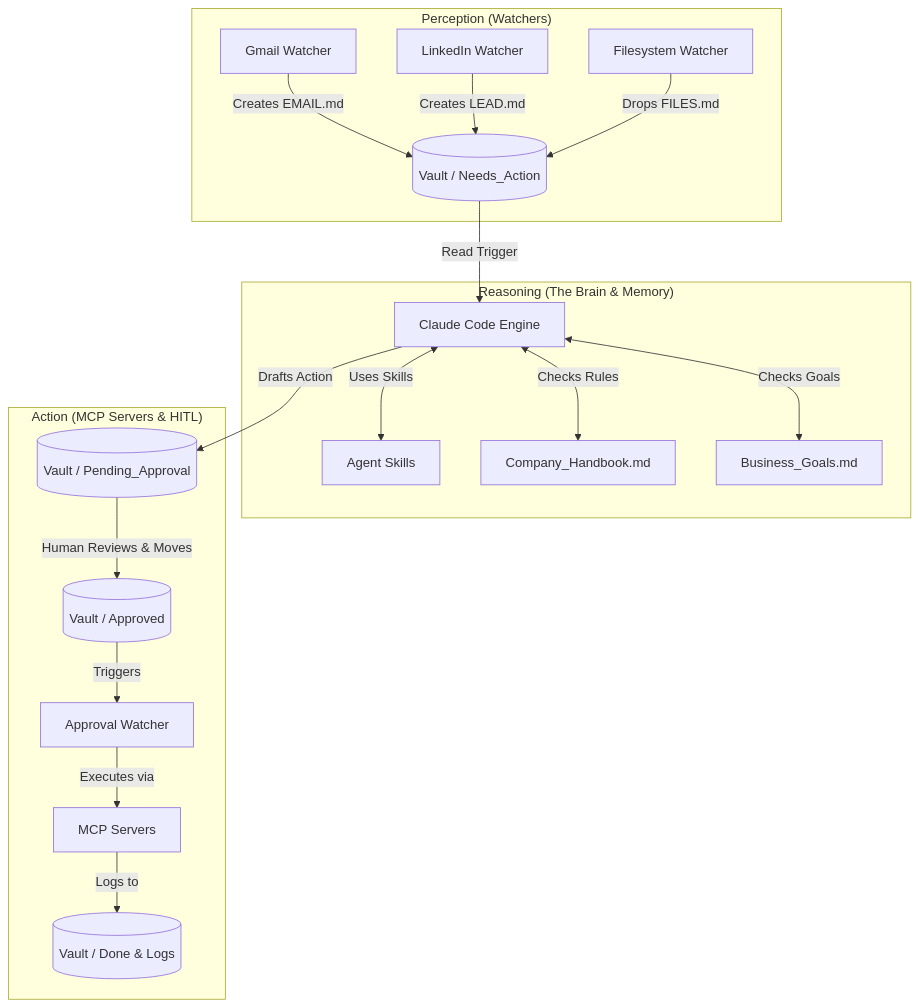
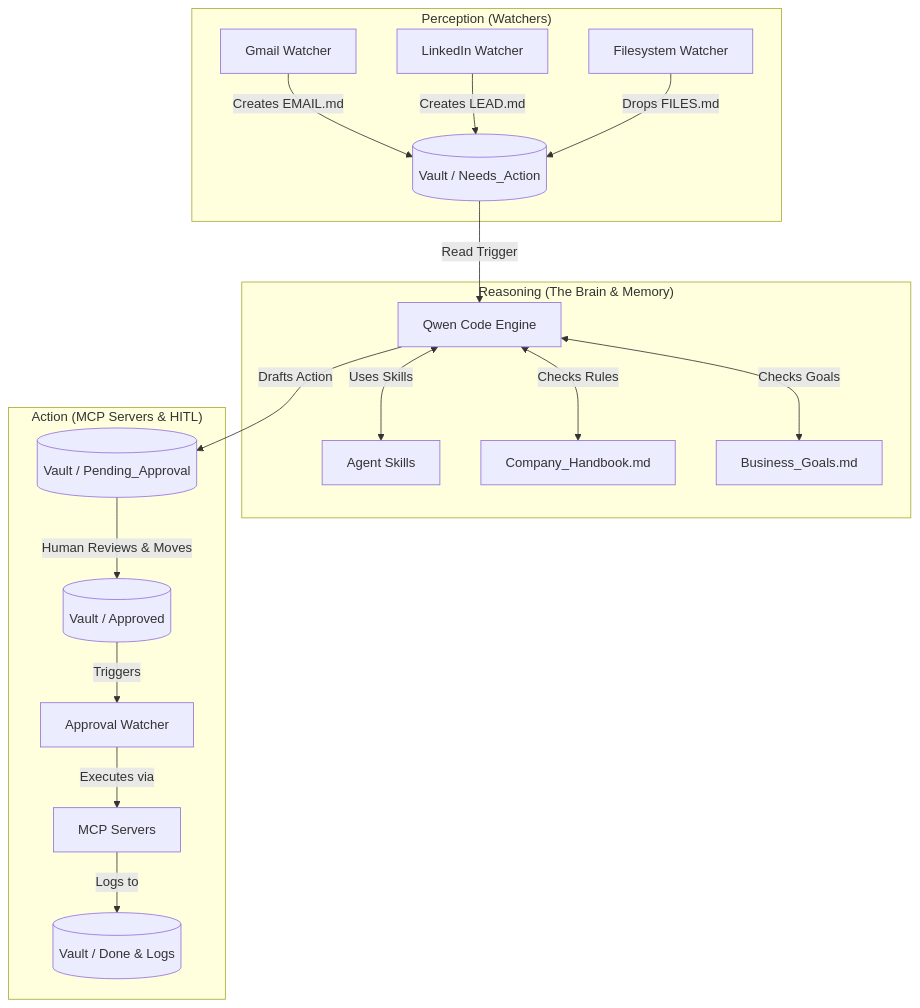
Before and after one commit to AbdulSamad94/Personal-AI-Employee: the first of 4 diagrams in README.md, drawn with Mermaid. The commit also changed other lines of this file and 19 other files, not shown here.

````diff
--- a/README.md
+++ b/README.md
@@ -21,23 +21,23 @@
 ```mermaid
 graph TD
     subgraph "Perception (Watchers)"
         GW[Gmail Watcher] --> |Creates EMAIL.md| Inbox[(Vault / Needs_Action)]
         LW[LinkedIn Watcher] --> |Creates LEAD.md| Inbox
         FW[Filesystem Watcher] --> |Drops FILES.md| Inbox
     end
 
     subgraph "Reasoning (The Brain & Memory)"
-        Inbox --> |Read Trigger| Claude[Claude Code Engine]
-        Claude <--> |Uses Skills| Skills[Agent Skills]
-        Claude <--> |Checks Rules| CH[Company_Handbook.md]
-        Claude <--> |Checks Goals| BG[Business_Goals.md]
+        Inbox --> |Read Trigger| Qwen[Qwen Code Engine]
+        Qwen <--> |Uses Skills| Skills[Agent Skills]
+        Qwen <--> |Checks Rules| CH[Company_Handbook.md]
+        Qwen <--> |Checks Goals| BG[Business_Goals.md]
     end
 
     subgraph "Action (MCP Servers & HITL)"
-        Claude --> |Drafts Action| PA[(Vault / Pending_Approval)]
+        Qwen --> |Drafts Action| PA[(Vault / Pending_Approval)]
         PA --> |Human Reviews & Moves| APP[(Vault / Approved)]
         APP --> |Triggers| AW[Approval Watcher]
         AW --> |Executes via| MCP[MCP Servers]
         MCP --> |Logs to| Done[(Vault / Done & Logs)]
     end
 ```
````
